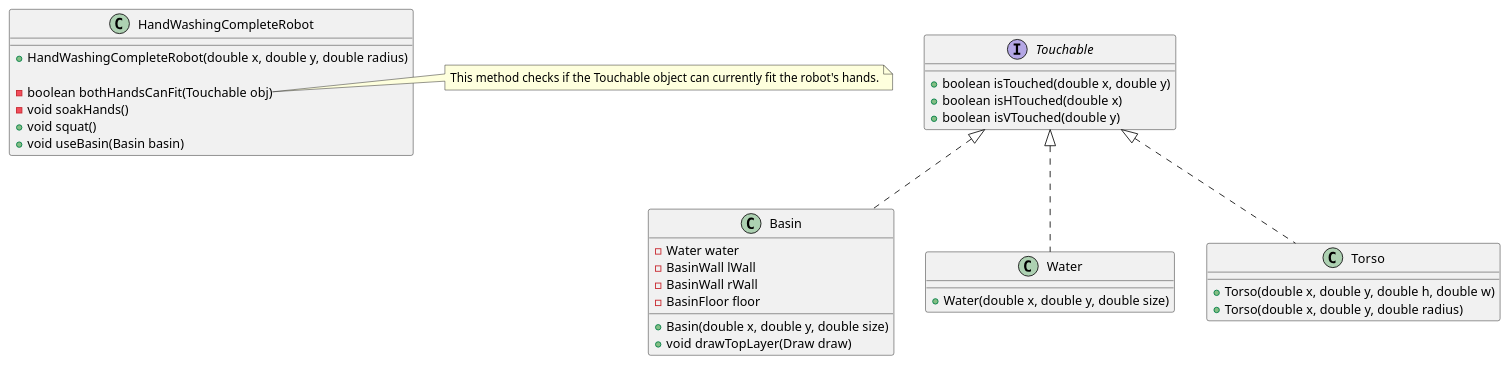
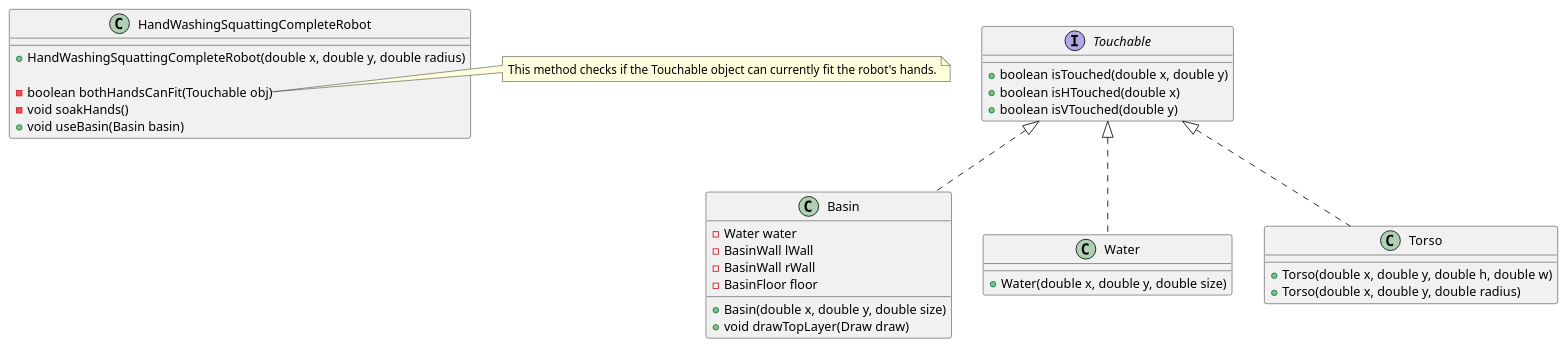
One commit to wafibismail/cadi-robot changed the diagram in PUML/InterfaceExample.puml. Above: the diagram before and after it, drawn with PlantUML. The commit also changed 1 other file, not shown here.

Commit message:
Update inheritanceExample PUML diagram

```diff
--- a/PUML/InterfaceExample.puml
+++ b/PUML/InterfaceExample.puml
@@ -1,45 +1,44 @@
 @startuml "Interface Examples"
 
-class "HandWashingCompleteRobot" as HWCR {
-    +HandWashingCompleteRobot(double x, double y, double radius)
-    
-    -boolean bothHandsCanFit(Touchable obj)
-    -void soakHands()
-    +void squat()
-    +void useBasin(Basin basin)
+class "HandWashingSquattingCompleteRobot" as HWCR {
+  +HandWashingSquattingCompleteRobot(double x, double y, double radius)
+  
+  -boolean bothHandsCanFit(Touchable obj)
+  -void soakHands()
+  +void useBasin(Basin basin)
 }
 
 note right of HWCR::"boolean bothHandsCanFit(Touchable obj)"
   This method checks if the Touchable object can currently fit the robot's hands.
 end note
 
 interface "Touchable" as tb{
   +boolean isTouched(double x, double y)
   +boolean isHTouched(double x)
   +boolean isVTouched(double y)
 }
 
 class Basin {
   -Water water
   -BasinWall lWall
   -BasinWall rWall
   -BasinFloor floor
   
   +Basin(double x, double y, double size)
   +void drawTopLayer(Draw draw)
 }
 
 class Water {
   +Water(double x, double y, double size)
 }
 
 class "Torso" as dRT {
   +Torso(double x, double y, double h, double w)
   +Torso(double x, double y, double radius)
 }
 
 tb <|.. Basin
 tb <|.. Water
 tb <|.. dRT
 
 @enduml
```
